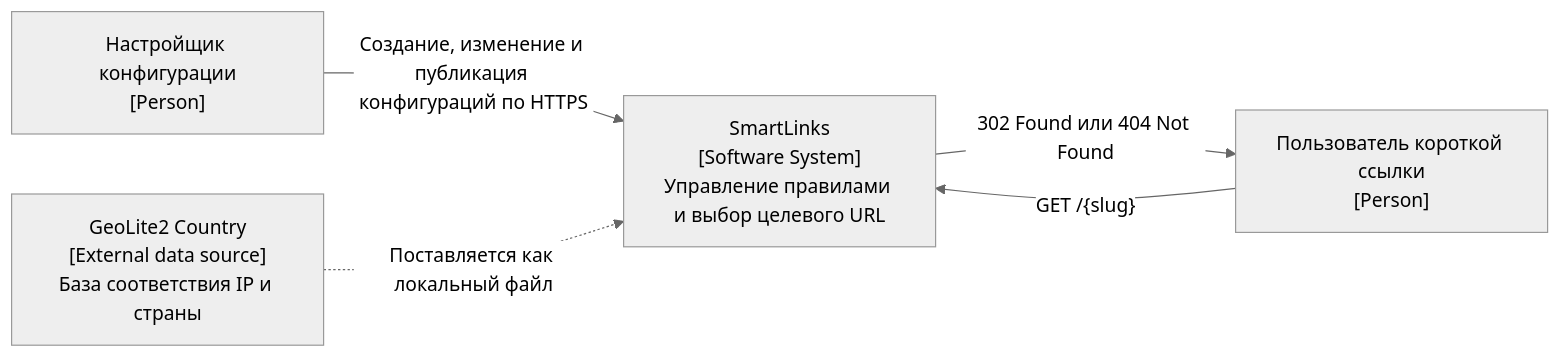
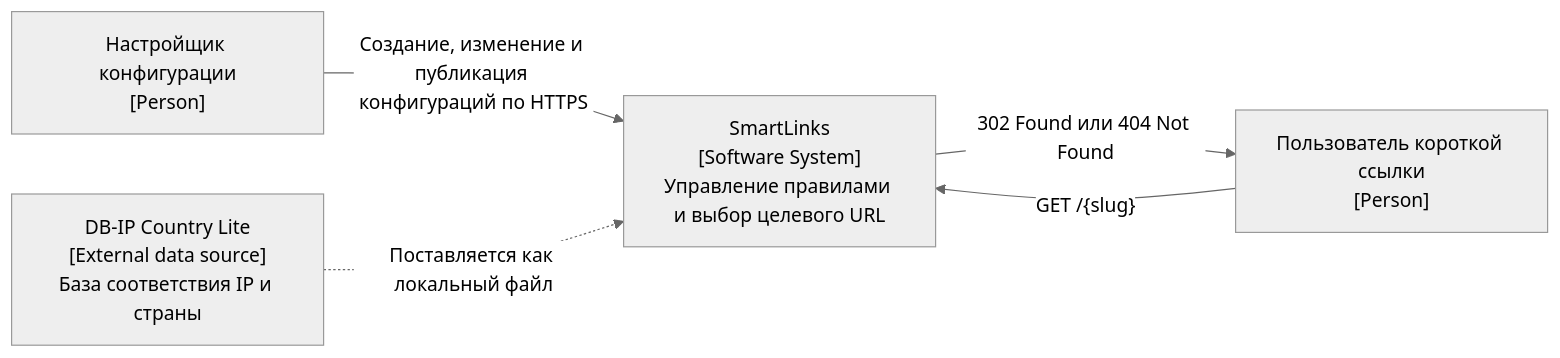
Before and after one commit to in-digo/SmartLinks: the first of 4 diagrams in docs/architecture.md, drawn with Mermaid (neutral theme). The commit also changed other lines of this file and 1 other file, not shown here.

Commit message:
docs: Обновлены README и описание GeoIP

````diff
--- a/docs/architecture.md
+++ b/docs/architecture.md
@@ -20,12 +20,12 @@
 ```mermaid
 flowchart LR
     configurator["Настройщик конфигурации<br/>[Person]"]
     visitor["Пользователь короткой ссылки<br/>[Person]"]
     smartLinks["SmartLinks<br/>[Software System]<br/>Управление правилами и выбор целевого URL"]
-    geoLite["GeoLite2 Country<br/>[External data source]<br/>База соответствия IP и страны"]
+    geoLite["DB-IP Country Lite<br/>[External data source]<br/>База соответствия IP и страны"]
 
     configurator -->|"Создание, изменение и публикация конфигураций по HTTPS"| smartLinks
     visitor -->|"GET /{slug}"| smartLinks
     smartLinks -->|"302 Found или 404 Not Found"| visitor
     geoLite -.->|"Поставляется как локальный файл"| smartLinks
 ```
````
